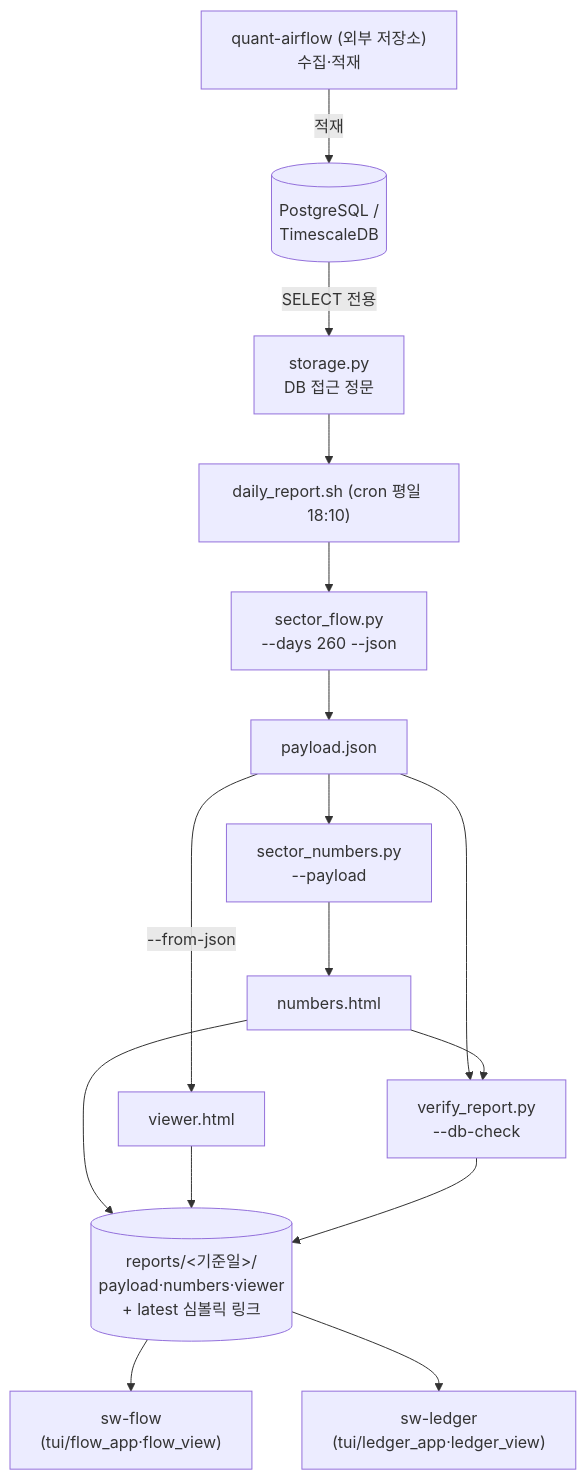
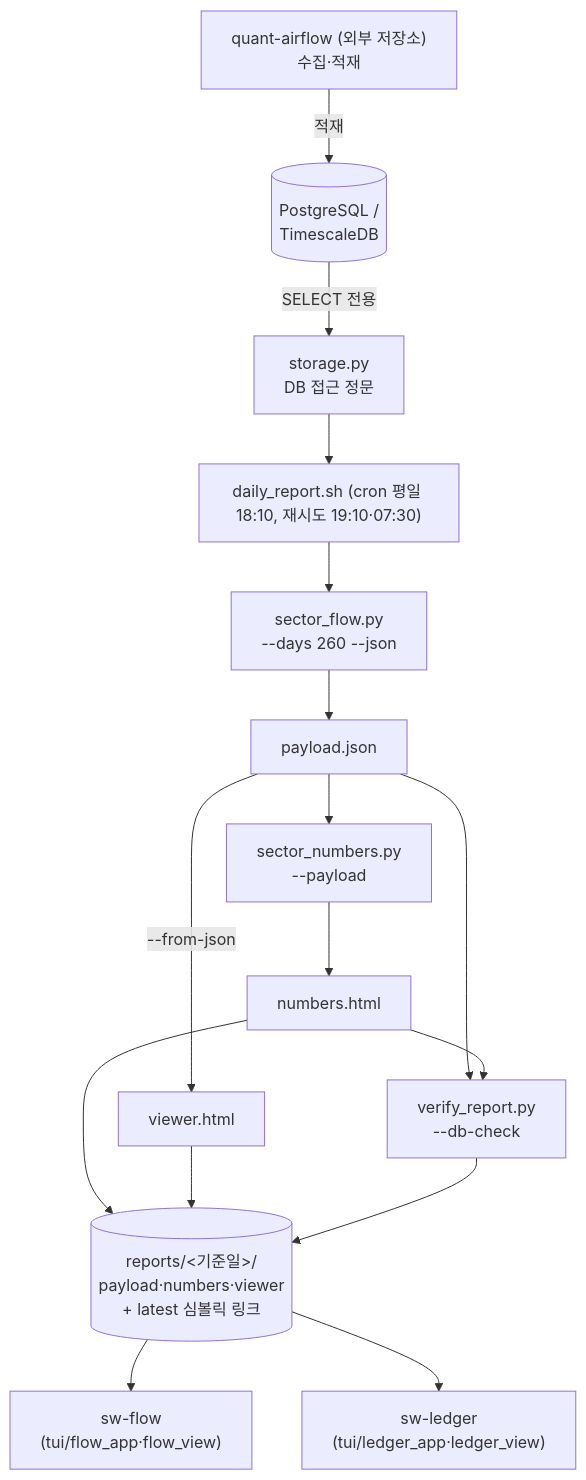
The diagram in README.md (younghwan91/sector-flow), drawn with Mermaid before and after one commit. The commit also changed other lines of this file and 2 other files, not shown here.

````diff
--- a/README.md
+++ b/README.md
@@ -66,22 +67,22 @@
 ```mermaid
 flowchart TD
     AF["quant-airflow (외부 저장소)\n수집·적재"] -->|적재| DB[("PostgreSQL /\nTimescaleDB")]
 
     DB -->|"SELECT 전용"| ST["storage.py\nDB 접근 정문"]
 
-    ST --> CRON["daily_report.sh (cron 평일 18:10)"]
+    ST --> CRON["daily_report.sh (cron 평일 18:10, 재시도 19:10·07:30)"]
     CRON --> SF["sector_flow.py\n--days 260 --json"]
     SF --> PAYLOAD["payload.json"]
     PAYLOAD --> SN["sector_numbers.py\n--payload"]
     PAYLOAD -->|"--from-json"| VW["viewer.html"]
     SN --> NH["numbers.html"]
     PAYLOAD --> VR["verify_report.py\n--db-check"]
     NH --> VR
 
     NH --> REP[("reports/&lt;기준일&gt;/\npayload·numbers·viewer\n+ latest 심볼릭 링크")]
     VW --> REP
     VR --> REP
 
     REP --> FLOW["sw-flow\n(tui/flow_app·flow_view)"]
     REP --> LEDGER["sw-ledger\n(tui/ledger_app·ledger_view)"]
 ```
````
